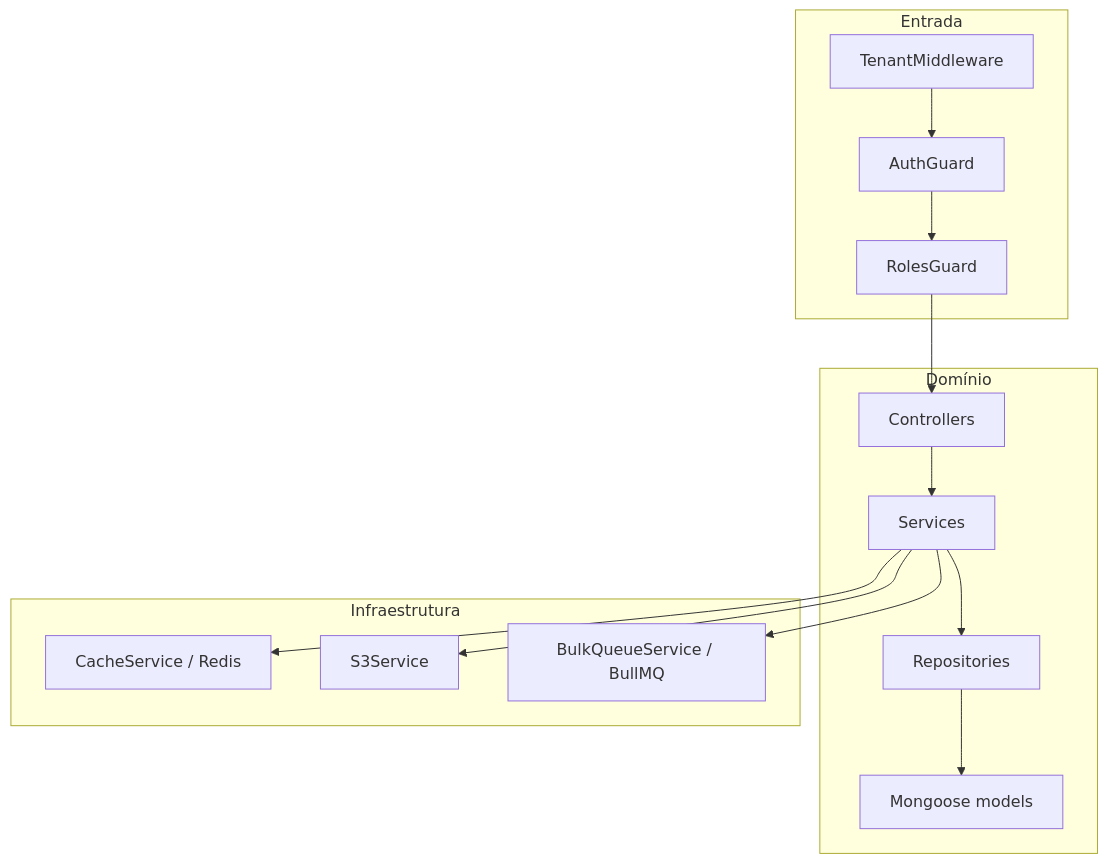
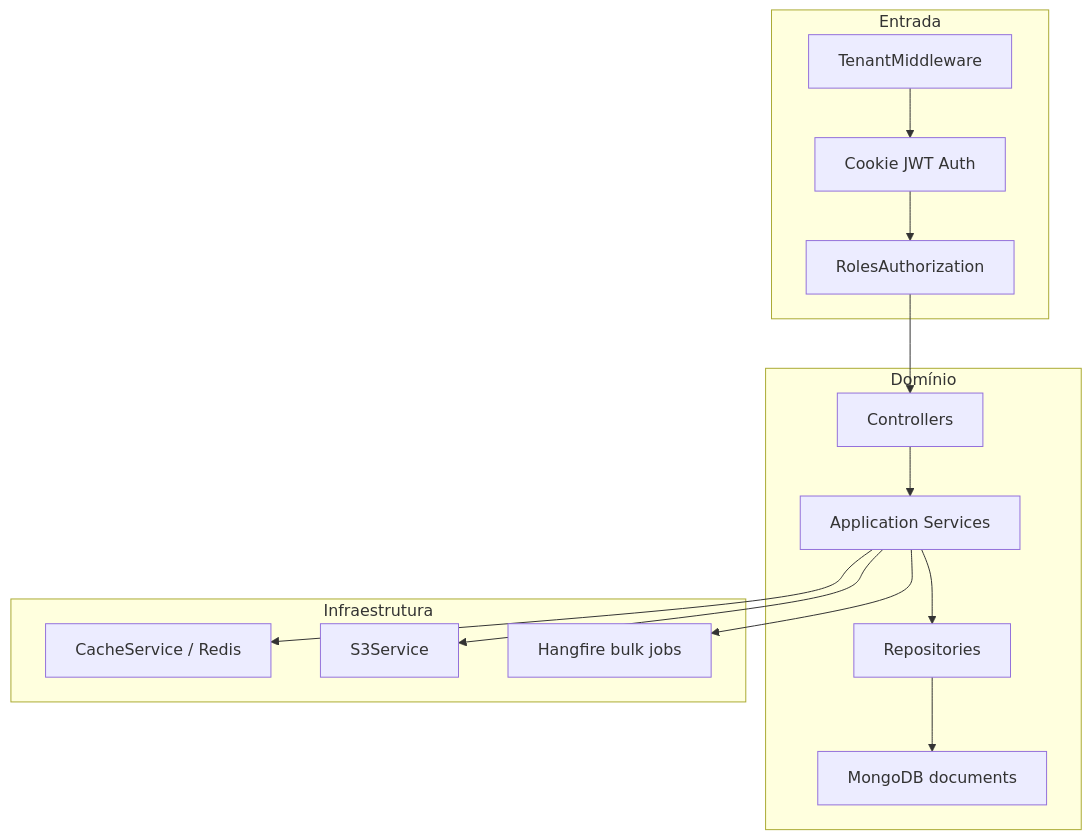
One commit to AlanZayon/api-maranguape changed the diagram in docs/ARCHITECTURE.md. Above: the diagram before and after it, drawn with Mermaid. The commit also changed other lines of this file and 245 other files, not shown here.

````diff
--- a/docs/ARCHITECTURE.md
+++ b/docs/ARCHITECTURE.md
@@ -9,27 +7,27 @@
 ```mermaid
 flowchart TB
   subgraph edge [Entrada]
     MW[TenantMiddleware]
-    AG[AuthGuard]
-    RG[RolesGuard]
+    AG[Cookie JWT Auth]
+    RG[RolesAuthorization]
   end
 
   subgraph domain [Domínio]
     CTRL[Controllers]
-    SVC[Services]
+    SVC[Application Services]
     REPO[Repositories]
-    MODEL[Mongoose models]
+    MODEL[MongoDB documents]
   end
 
   subgraph infra [Infraestrutura]
     CACHE[CacheService / Redis]
     S3[S3Service]
-    Q[BulkQueueService / BullMQ]
+    Q[Hangfire bulk jobs]
   end
 
   MW --> AG --> RG --> CTRL --> SVC
   SVC --> REPO --> MODEL
   SVC --> CACHE
   SVC --> S3
   SVC --> Q
 ```
````
